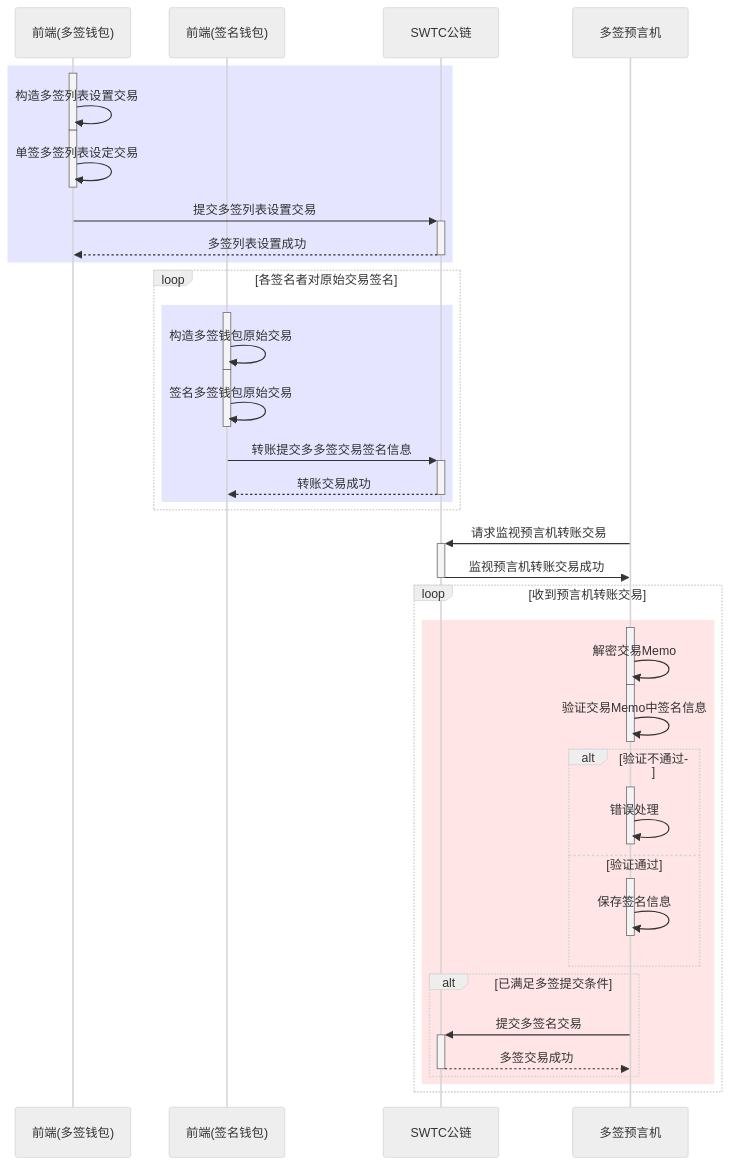
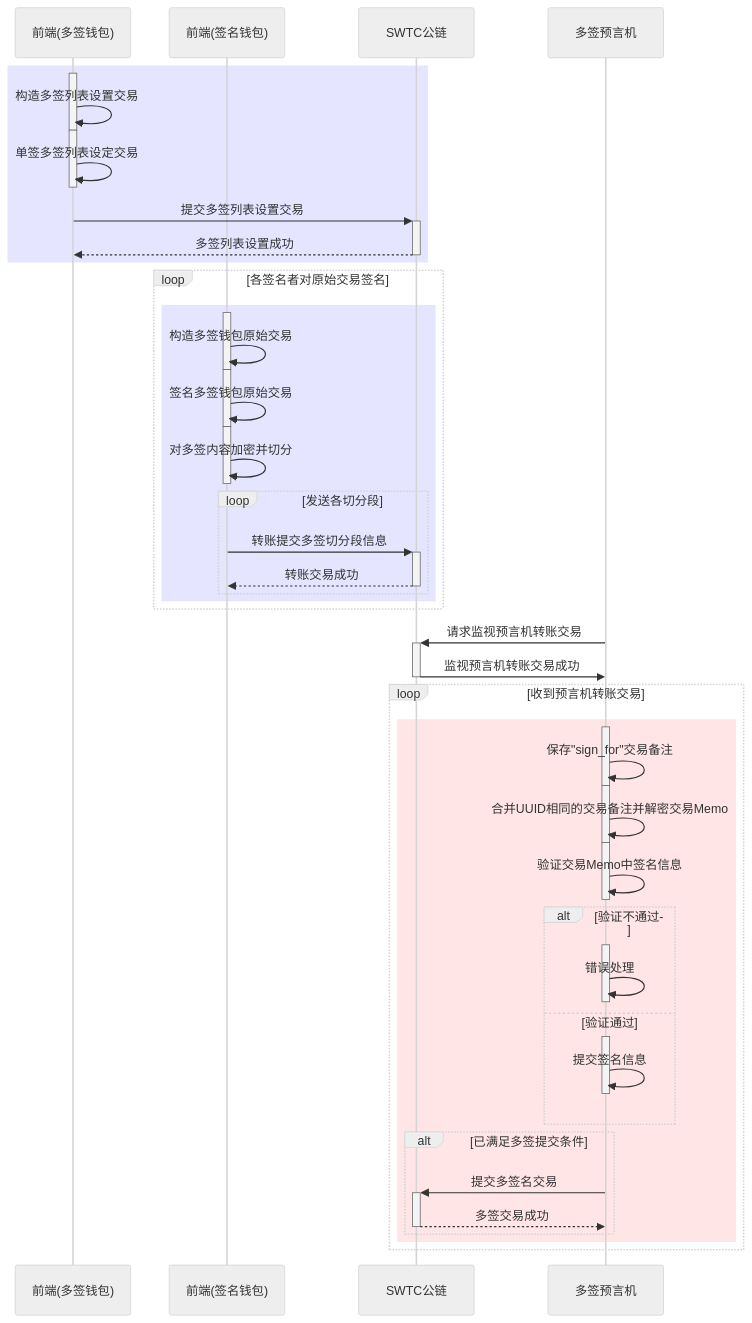
Before and after one commit to JCCDex/jcc_jingtum_oracle: the diagram in 井通链多签预言机服务.md, drawn with Mermaid (neutral theme). The commit also changed other lines of this file, not shown here.

````diff
--- a/井通链多签预言机服务.md
+++ b/井通链多签预言机服务.md
@@ -38,46 +44,52 @@
 ```mermaid
 sequenceDiagram
     participant A1 as 前端(多签钱包) 
     participant A2 as 前端(签名钱包) 
     participant B as SWTC公链
     participant C as 多签预言机
     rect rgba(0, 0, 255, .1)
         activate A1
         A1->>-A1: 构造多签列表设置交易
         activate A1
         A1->>-A1: 单签多签列表设定交易
         A1->>+B: 提交多签列表设置交易
         B-->>-A1: 多签列表设置成功
     end
     loop    各签名者对原始交易签名
         rect rgba(0, 0, 255, .1)
             activate A2
             A2->>-A2: 构造多签钱包原始交易
             activate A2
             A2->>-A2: 签名多签钱包原始交易
-            A2->>+B: 转账提交多多签交易签名信息
-            B-->>-A2: 转账交易成功
+            activate A2
+            A2->>-A2: 对多签内容加密并切分
+            loop    发送各切分段
+                A2->>+B: 转账提交多签切分段信息
+                B-->>-A2: 转账交易成功
+            end
         end
     end
     C->>+B: 请求监视预言机转账交易
     B->>-C: 监视预言机转账交易成功
     loop    收到预言机转账交易
         rect rgba(255, 0, 0, .1)
             activate C
-            C->>-C: 解密交易Memo
+            C->>-C: 保存"sign_for"交易备注
+            activate C
+            C->>-C: 合并UUID相同的交易备注并解密交易Memo
             activate C
             C->>-C: 验证交易Memo中签名信息
             alt 验证不通过
                 activate C
                 C->>-C: 错误处理
             else 验证通过
                 activate C
-                C->>-C: 保存签名信息
+                C->>-C: 提交签名信息
             end
             alt 已满足多签提交条件
             C->>+B: 提交多签名交易
             B-->>-C: 多签交易成功
             end
         end
     end
 ```
````
